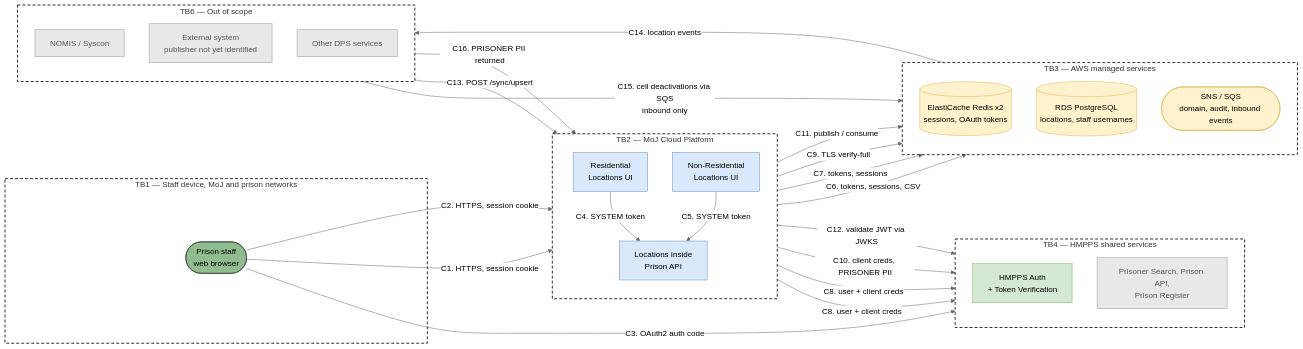
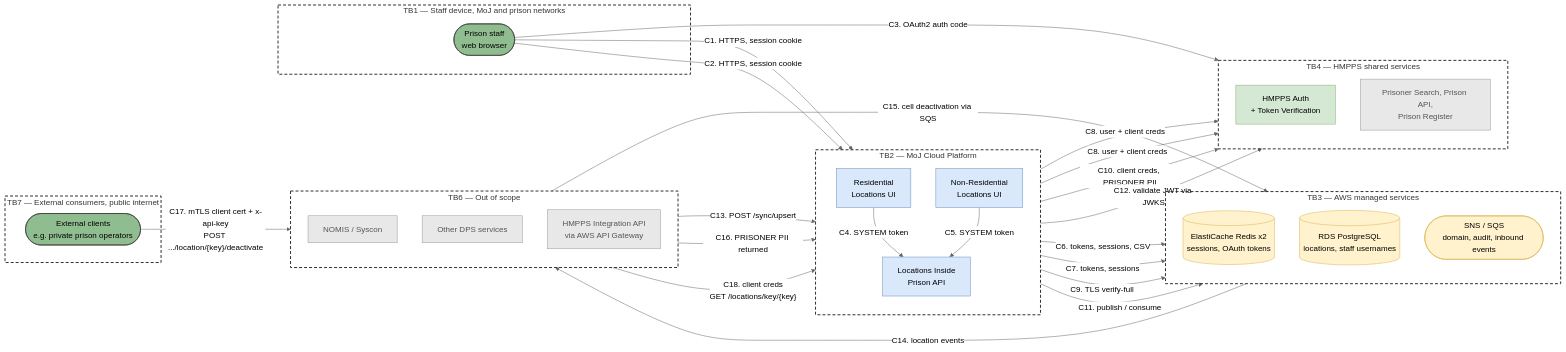
One commit to ministryofjustice/hmpps-locations-inside-prison-api changed the first of 4 diagrams in docs/data-flow-diagram.md. Above: the diagram before and after it, drawn with Mermaid (neutral theme). The commit also changed other lines of this file and 1 other file, not shown here.

First paragraph of the commit message:
MAPA-203 Add the HMPPS Integration API external consumer path
Identifies the publisher to the updatefromexternalsystemevents queue as the
HMPPS Integration API, and documents the external consumer path it fronts.

````diff
--- a/docs/data-flow-diagram.md
+++ b/docs/data-flow-diagram.md
@@ -33,68 +33,75 @@
 ```mermaid
 flowchart LR
 
   subgraph tb1["TB1 — Staff device, MoJ and prison networks"]
     staff(["Prison staff<br/>web browser"])
   end
 
   subgraph tb2["TB2 — MoJ Cloud Platform"]
     direction TB
     resiUi["Residential<br/>Locations UI"]
     nonResiUi["Non-Residential<br/>Locations UI"]
     api["Locations Inside<br/>Prison API"]
   end
 
   subgraph tb3["TB3 — AWS managed services"]
     direction TB
     redis[("ElastiCache Redis x2<br/>sessions, OAuth tokens")]
     rds[("RDS PostgreSQL<br/>locations, staff usernames")]
     events(["SNS / SQS<br/>domain, audit, inbound events"])
   end
 
   subgraph tb4["TB4 — HMPPS shared services"]
     direction TB
     auth["HMPPS Auth<br/>+ Token Verification"]
     shared["Prisoner Search, Prison API,<br/>Prison Register"]
   end
 
   subgraph tb6["TB6 — Out of scope"]
     direction TB
     nomis["NOMIS / Syscon"]
-    extSystem["External system<br/>publisher not yet identified"]
     dps["Other DPS services"]
+    integrationApi["HMPPS Integration API<br/>via AWS API Gateway"]
+  end
+
+  subgraph tb7["TB7 — External consumers, public internet"]
+    extClients(["External clients<br/>e.g. private prison operators"])
   end
 
   staff -->|"C1. HTTPS, session cookie"| resiUi
   staff -->|"C2. HTTPS, session cookie"| nonResiUi
   staff -->|"C3. OAuth2 auth code"| auth
 
   resiUi -->|"C4. SYSTEM token"| api
   nonResiUi -->|"C5. SYSTEM token"| api
   resiUi -->|"C6. tokens, sessions, CSV"| redis
   nonResiUi -->|"C7. tokens, sessions"| redis
   resiUi & nonResiUi -->|"C8. user + client creds"| auth
 
   api -->|"C9. TLS verify-full"| rds
   api -->|"C10. client creds, PRISONER PII"| shared
   api -->|"C11. publish / consume"| events
   api -->|"C12. validate JWT via JWKS"| auth
 
   nomis -->|"C13. POST /sync/upsert"| api
   events -->|"C14. location events"| nomis
-  extSystem -->|"C15. cell deactivations via SQS<br/>inbound only"| events
   dps -->|"C16. PRISONER PII returned"| api
+
+  extClients -->|"C17. mTLS client cert + x-api-key<br/>POST .../location/{key}/deactivate"| integrationApi
+  integrationApi -->|"C15. cell deactivation via SQS"| events
+  integrationApi -->|"C18. client creds<br/>GET /locations/key/{key}"| api
 
   classDef boundary fill:none,stroke:#333,stroke-width:2px,stroke-dasharray: 6 4
   classDef outOfScope fill:#e8e8e8,stroke:#999,color:#555
   classDef store fill:#fff2cc,stroke:#d6b656,color:#000
   classDef process fill:#dae8fc,stroke:#6c8ebf,color:#000
   classDef external fill:#d5e8d4,stroke:#82b366,color:#000
   classDef actor fill:#90BD90,stroke:#333,color:#000
 
-  class tb1,tb2,tb3,tb4,tb6 boundary
-  class nomis,extSystem,dps,shared outOfScope
+  class tb1,tb2,tb3,tb4,tb6,tb7 boundary
+  class nomis,dps,shared,integrationApi outOfScope
   class redis,rds,events store
   class resiUi,nonResiUi,api process
   class auth external
-  class staff actor
+  class staff,extClients actor
 ```
````
